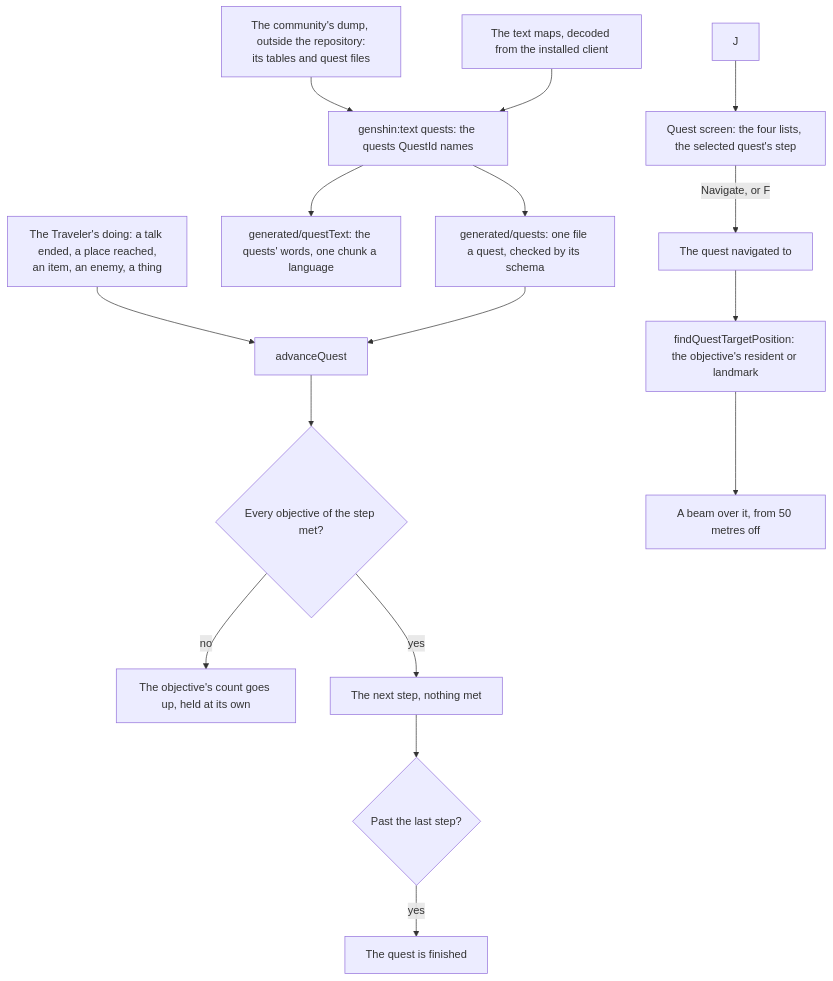
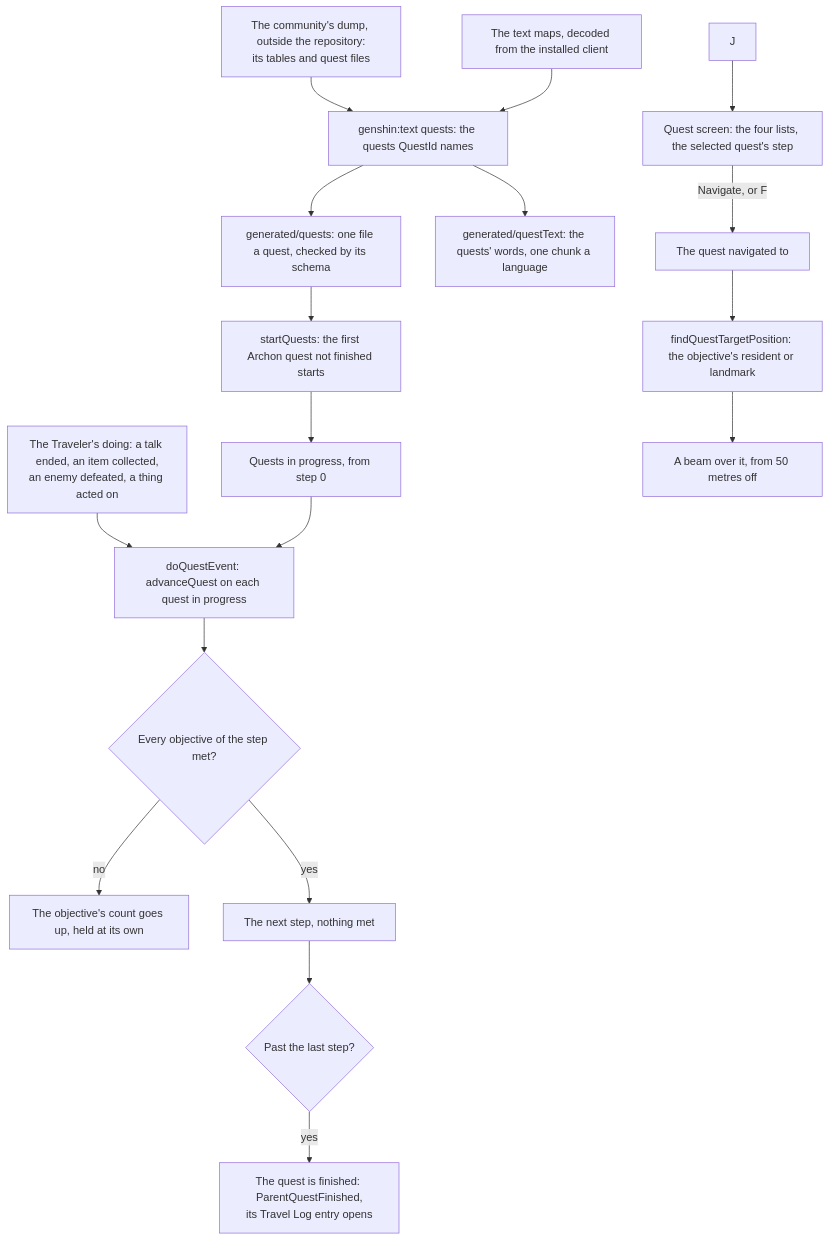
One commit to Esposter/Esposter changed the diagram in apps/web/content/docs/genshin/quests.md. Above: the diagram before and after it, drawn with Mermaid. The commit also changed other lines of this file and 3 other files, not shown here.

First line of the commit message:
docs(genshin): the quests, the Travel Log and the achievements' quest triggers as built, and the quests proposal keeps only what is left

````diff
--- a/apps/web/content/docs/genshin/quests.md
+++ b/apps/web/content/docs/genshin/quests.md
@@ -12,18 +12,20 @@
 ```mermaid
 flowchart TD
   DUMP["The community's dump, outside the repository:<br/>its tables and quest files"] --> READ["genshin:text quests: the quests QuestId names"]
   DECODE["The text maps, decoded from the installed client"] --> READ
   READ --> FILES["generated/quests: one file a quest, checked by its schema"]
   READ --> WORDS["generated/questText: the quests' words, one chunk a language"]
-  DOING["The Traveler's doing: a talk ended, a place reached,<br/>an item, an enemy, a thing"] --> ADVANCE["advanceQuest"]
-  FILES --> ADVANCE
+  FILES --> START["startQuests: the first Archon quest not finished starts"]
+  START --> PROGRESS["Quests in progress, from step 0"]
+  DOING["The Traveler's doing: a talk ended, an item collected,<br/>an enemy defeated, a thing acted on"] --> ADVANCE["doQuestEvent: advanceQuest on each quest in progress"]
+  PROGRESS --> ADVANCE
   ADVANCE --> MET{"Every objective of the step met?"}
   MET -->|"no"| COUNT["The objective's count goes up, held at its own"]
   MET -->|"yes"| STEP["The next step, nothing met"]
   STEP --> DONE{"Past the last step?"}
-  DONE -->|"yes"| FINISHED["The quest is finished"]
+  DONE -->|"yes"| FINISHED["The quest is finished: ParentQuestFinished,<br/>its Travel Log entry opens"]
   J["J"] --> SCREEN["Quest screen: the four lists, the selected quest's step"]
   SCREEN -->|"Navigate, or F"| TRACKED["The quest navigated to"]
   TRACKED --> TARGET["findQuestTargetPosition: the objective's resident or landmark"]
   TARGET --> BEAM["A beam over it, from 50 metres off"]
 ```
````
